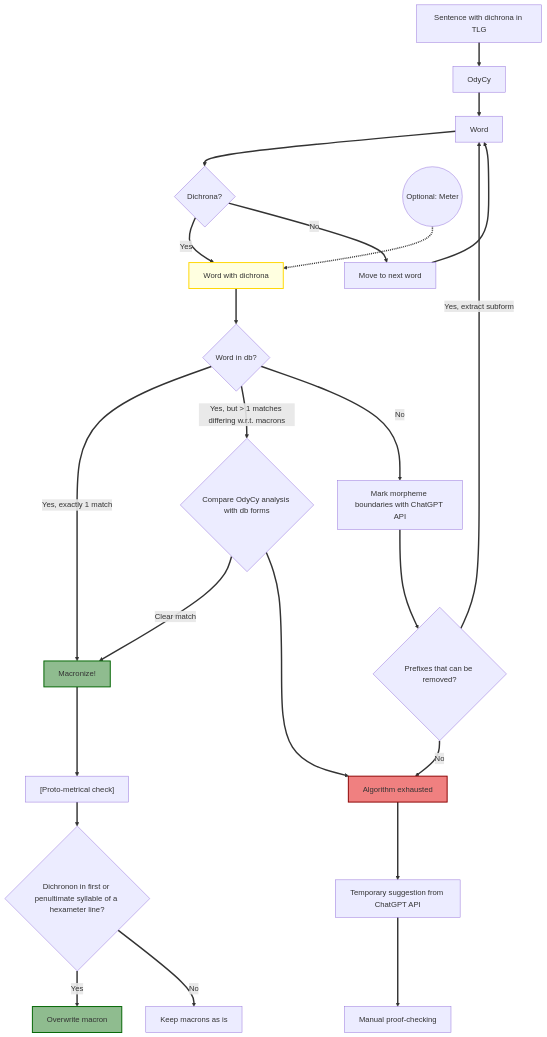
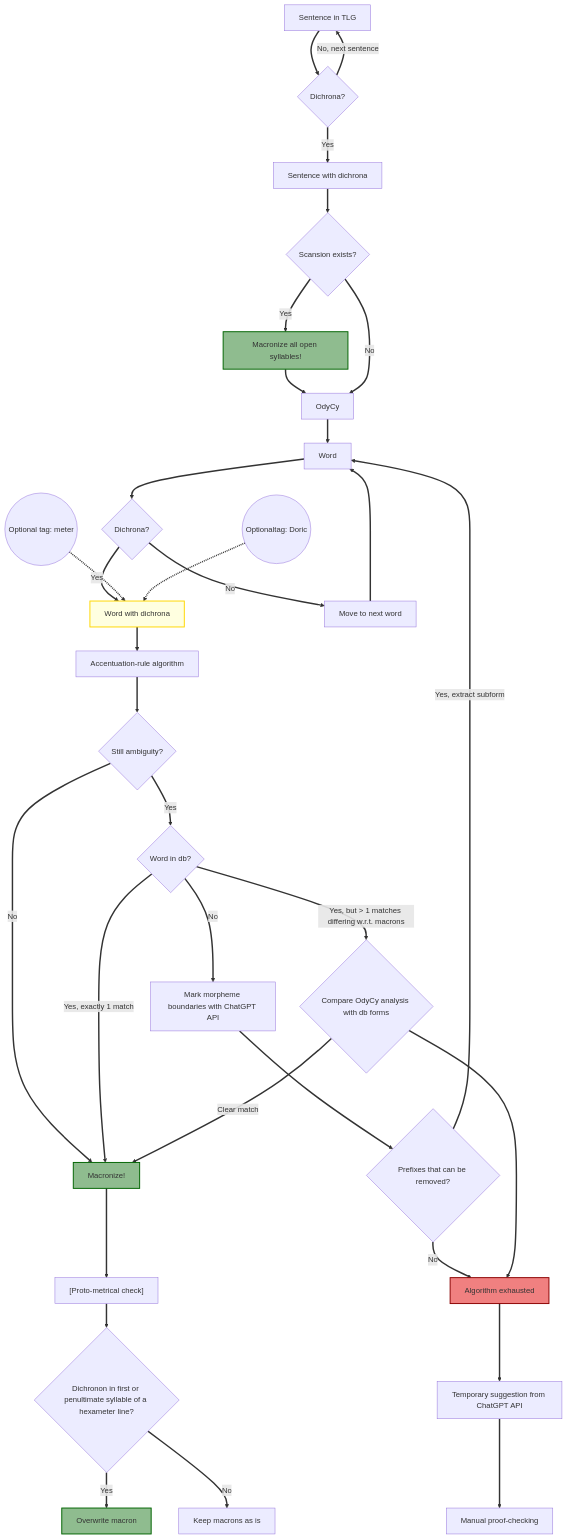
Before and after one commit to Urdatorn/grc-macronizer: the diagram in README.md, drawn with Mermaid. The commit also changed other lines of this file, not shown here.

Commit message:
Working on mermaid in README.md

````diff
--- a/README.md
+++ b/README.md
@@ -22,31 +33,41 @@
 ```mermaid
 graph TD
     classDef commentStyle fill:transparent,stroke:none,font-size:12px,font-style:italic;
     classDef successStyle fill:#8FBC8F,stroke:#006400,stroke-width:2px;
     classDef failStyle fill:#F08080,stroke:#8B0000,stroke-width:2px;
     classDef formStyle fill:#FFFFE0,stroke:#FFD700,stroke-width:2px;
     linkStyle default stroke-width:3px;
 
-    TLG[Sentence with dichrona in TLG] --> OdyCy
+    Sentence[Sentence in TLG] --> DecisionSentence{Dichrona?}
+    DecisionSentence -->|Yes| SentenceDichrona[Sentence with dichrona]
+    DecisionSentence -->|No, next sentence| Sentence
+    SentenceDichrona --> DecideHypotactic{Scansion exists?}
+    DecideHypotactic -->|Yes| MacronizeOpen[Macronize all open syllables!]:::successStyle
+    MacronizeOpen --> OdyCy
+    DecideHypotactic -->|No| OdyCy
     OdyCy --> Word
     Word --> Dichrona{Dichrona?}
     Dichrona -->|Yes| WordDichrona
     Dichrona -->|No| NextWord[Move to next word]
     NextWord --> Word
-    Meter((Optional: Meter)) -.-> WordDichrona[Word with dichrona]:::formStyle
-    WordDichrona --> Decision{Word in db?}
+    WordDichrona --> Rules[Accentuation-rule algorithm]
+    Rules --> Solved{Still ambiguity?}
+    Solved -->|Yes| Decision{Word in db?}
+    Solved -->|No| Success
+    Meter((Optional tag: meter)) -.-> WordDichrona[Word with dichrona]:::formStyle
+    Dialect((Optionaltag: Doric)) -.-> WordDichrona:::formStyle
     Decision -->|Yes, exactly 1 match| Success[Macronize!]:::successStyle
     Decision -->|Yes, but > 1 matches differing w.r.t. macrons| MorphSelector{Compare OdyCy analysis with db forms}
     Decision -->|No| MorphBoundaries[Mark morpheme boundaries with ChatGPT API]
     MorphBoundaries --> DecisionPrefixes{Prefixes that can be removed?}
     DecisionPrefixes -->|Yes, extract subform| Word
     DecisionPrefixes -->|No| Fail[Algorithm exhausted]:::failStyle
     Fail --> Placeholder[Temporary suggestion from ChatGPT API]
     Placeholder --> Manual[Manual proof-checking]
     MorphSelector -->|Clear match| Success[Macronize!]:::successStyle
     MorphSelector --> Fail:::failStyle
     Success --> MetricCheck[Optional proto-metrical check]
     MetricCheck["[Proto-metrical check]"] --> DecisionMeter{Dichronon in first or penultimate syllable of a hexameter line?}
     DecisionMeter -->|Yes| Overwrite[Overwrite macron]:::successStyle
     DecisionMeter -->|No| Keep[Keep macrons as is]
 ```
````
